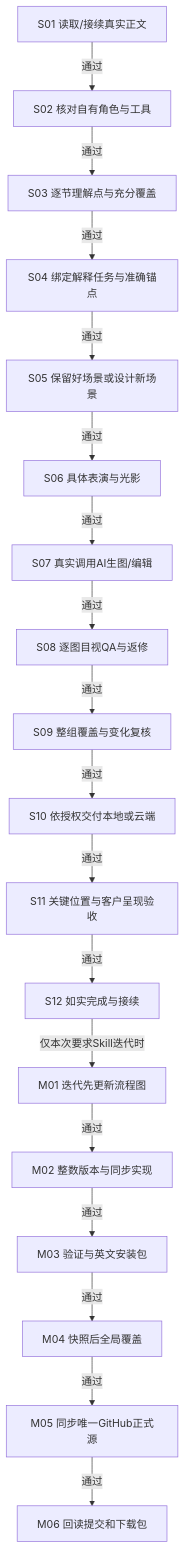
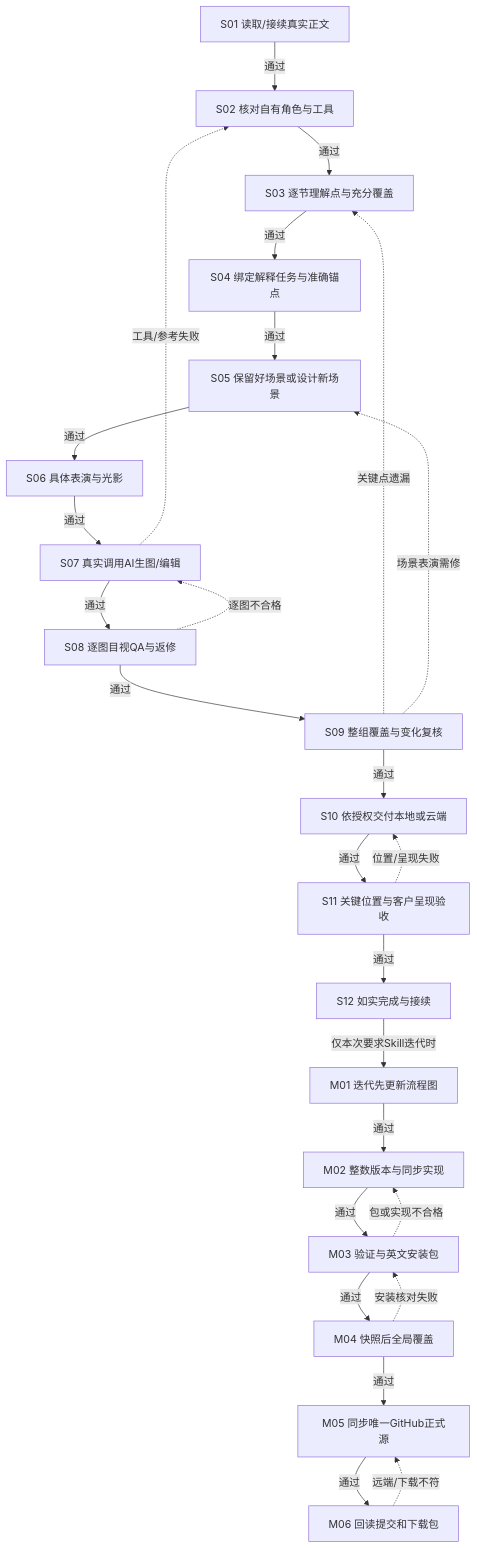
The diagram in plugins/xiaohei-illustrations-banmu-auntie/skills/xiaohei-illustrations-banmu-auntie/references/流程图.md (banmu23/banmu-skills), drawn with Mermaid before and after one commit. The commit also changed 12 other files, not shown here.

````diff
--- a/plugins/xiaohei-illustrations-banmu-auntie/skills/xiaohei-illustrations-banmu-auntie/references/流程图.md
+++ b/plugins/xiaohei-illustrations-banmu-auntie/skills/xiaohei-illustrations-banmu-auntie/references/流程图.md
@@ -7,38 +7,46 @@
 ```mermaid
 flowchart TD
   S01["S01 读取/接续真实正文"]
   S02["S02 核对自有角色与工具"]
   S03["S03 逐节理解点与充分覆盖"]
   S04["S04 绑定解释任务与准确锚点"]
   S05["S05 保留好场景或设计新场景"]
   S06["S06 具体表演与光影"]
   S07["S07 真实调用AI生图/编辑"]
   S08["S08 逐图目视QA与返修"]
   S09["S09 整组覆盖与变化复核"]
   S10["S10 依授权交付本地或云端"]
   S11["S11 关键位置与客户呈现验收"]
   S12["S12 如实完成与接续"]
   M01["M01 迭代先更新流程图"]
   M02["M02 整数版本与同步实现"]
   M03["M03 验证与英文安装包"]
   M04["M04 快照后全局覆盖"]
   M05["M05 同步唯一GitHub正式源"]
   M06["M06 回读提交和下载包"]
   S01 --> |通过| S02
   S02 --> |通过| S03
   S03 --> |通过| S04
   S04 --> |通过| S05
   S05 --> |通过| S06
   S06 --> |通过| S07
   S07 --> |通过| S08
   S08 --> |通过| S09
   S09 --> |通过| S10
   S10 --> |通过| S11
   S11 --> |通过| S12
   S12 --> |仅本次要求Skill迭代时| M01
   M01 --> |通过| M02
   M02 --> |通过| M03
   M03 --> |通过| M04
   M04 --> |通过| M05
   M05 --> |通过| M06
+  S07 -.-> |工具/参考失败| S02
+  S08 -.-> |逐图不合格| S07
+  S09 -.-> |关键点遗漏| S03
+  S09 -.-> |场景表演需修| S05
+  S11 -.-> |位置/呈现失败| S10
+  M03 -.-> |包或实现不合格| M02
+  M04 -.-> |安装核对失败| M03
+  M06 -.-> |远端/下载不符| M05
 ```
````
